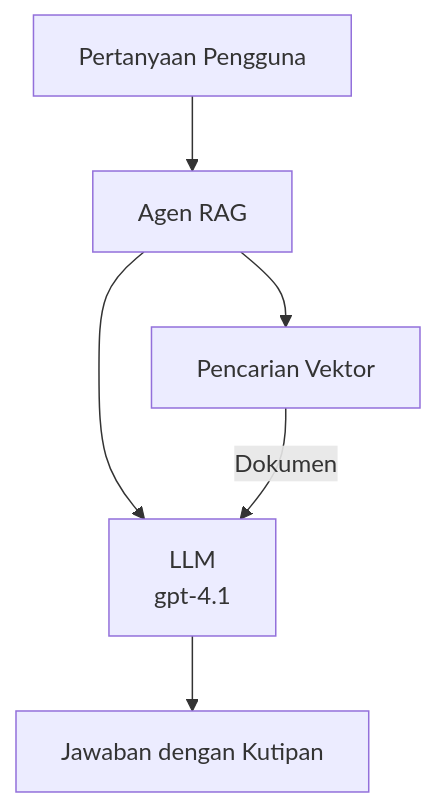
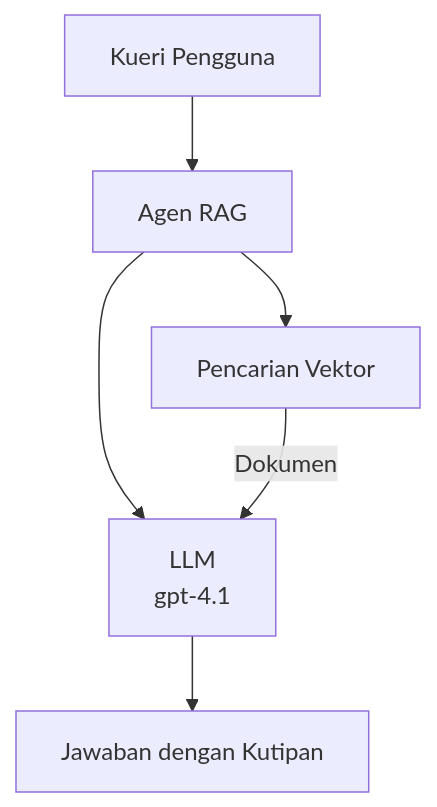
Before and after one commit to microsoft/AZD-for-beginners: the second of 3 diagrams in translations/id/docs/chapter-02-ai-development/agents.md, drawn with Mermaid. The commit also changed other lines of this file and 101 other files, not shown here.

````diff
--- a/translations/id/docs/chapter-02-ai-development/agents.md
+++ b/translations/id/docs/chapter-02-ai-development/agents.md
@@ -170,8 +175,8 @@
 ```mermaid
 graph TD
-    Query[Pertanyaan Pengguna] --> RAG[Agen RAG]
+    Query[Kueri Pengguna] --> RAG[Agen RAG]
     RAG --> Vector[Pencarian Vektor]
     RAG --> LLM[LLM<br/>gpt-4.1]
     Vector -- Dokumen --> LLM
     LLM --> Response[Jawaban dengan Kutipan]
 ```
````
